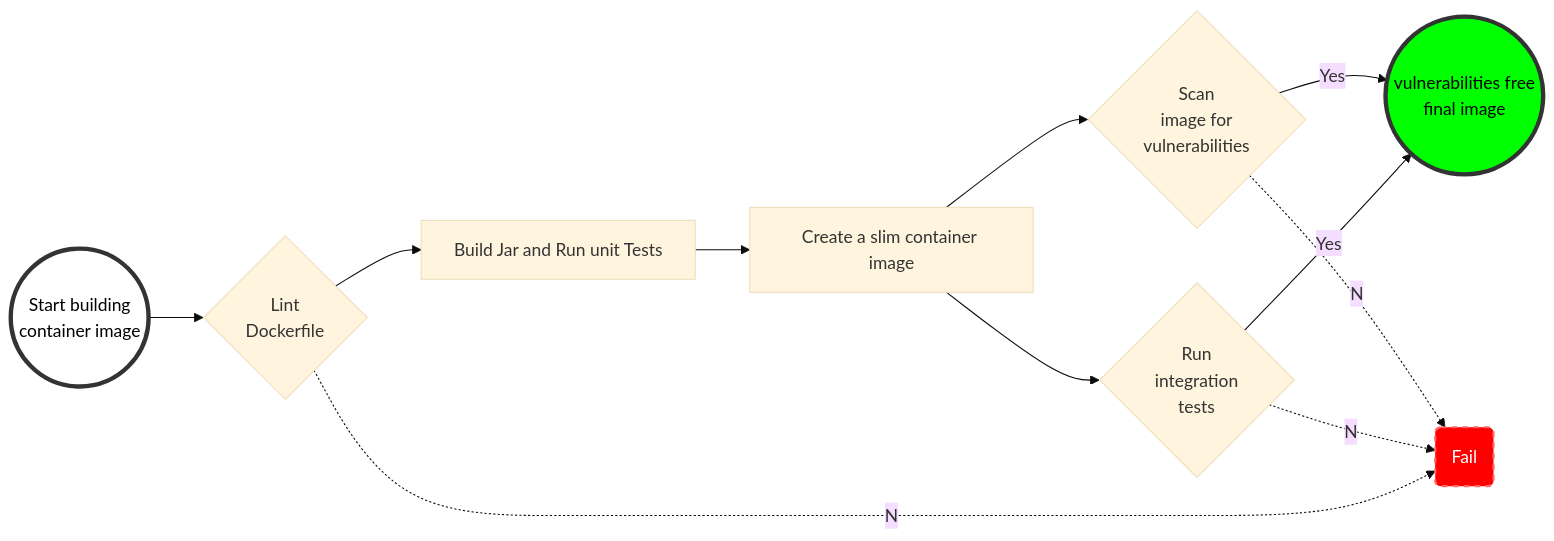
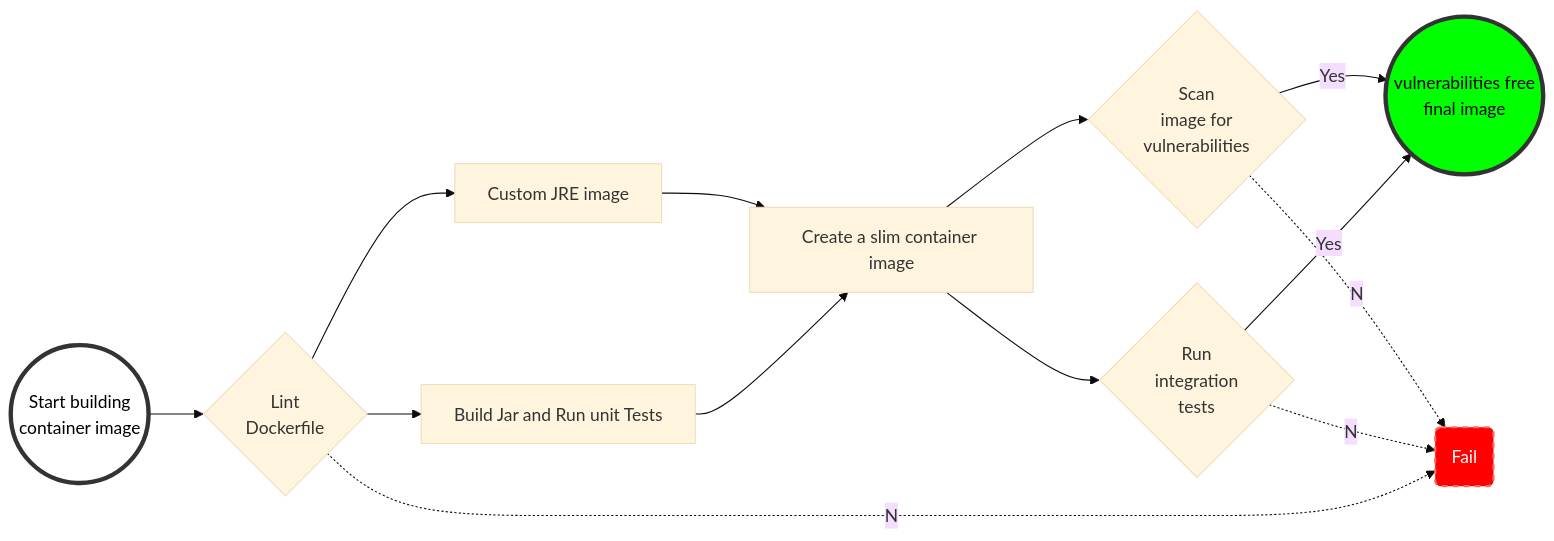
One commit to KondaReddyR/spring-demo changed the diagram in README.md. Above: the diagram before and after it, drawn with Mermaid (base theme). The commit also changed other lines of this file and 2 other files, not shown here.

Commit message:
Custom JRE image

````diff
--- a/README.md
+++ b/README.md
@@ -22,16 +22,18 @@
 ```mermaid
   graph LR;
       Start((Start building <br>container image))-->Linter{Lint </br> Dockerfile};      
       Linter-->Builder[ Build Jar and Run unit Tests];
-      Builder-->BaseImage[ Create a slim container image];
+      Linter-->JRE[Custom JRE image];
+      JRE-->BaseImage[ Create a slim container image];
+      Builder-->BaseImage;
       BaseImage-->vulnscan{ Scan</br> image for</br> vulnerabilities}
       BaseImage-->IntTest{ Run <br>integration <br>tests}
       vulnscan--Yes-->FinalImage((vulnerabilities free<br> final image))
       IntTest--Yes-->FinalImage
       vulnscan-.No.->fail(Fail)
       IntTest-.No.->fail
       Linter-.No.->fail
       style Start fill:#fff,stroke:#333,stroke-width:4px,color:#000
       style fail fill:#f00,stroke:#f66,stroke-width:2px,color:#fff,stroke-dasharray: 5 5
       style FinalImage fill:#0f0,stroke:#333,stroke-width:4px,color:#000
 ```
````
